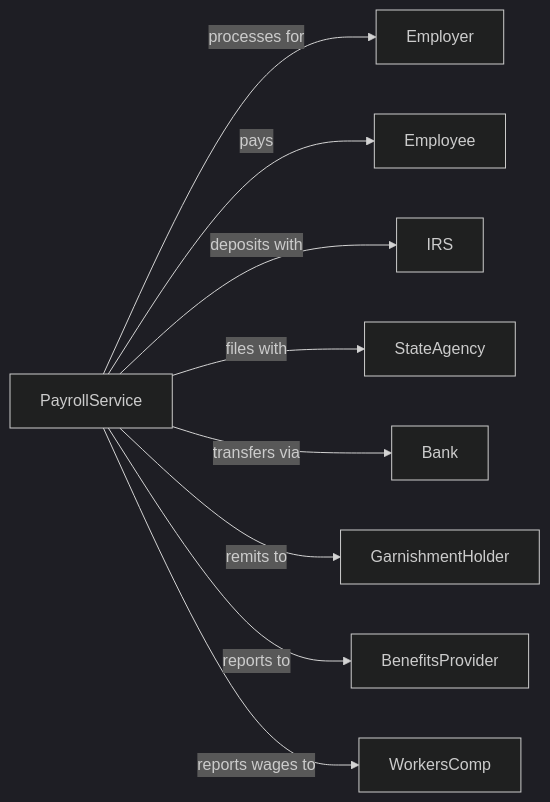
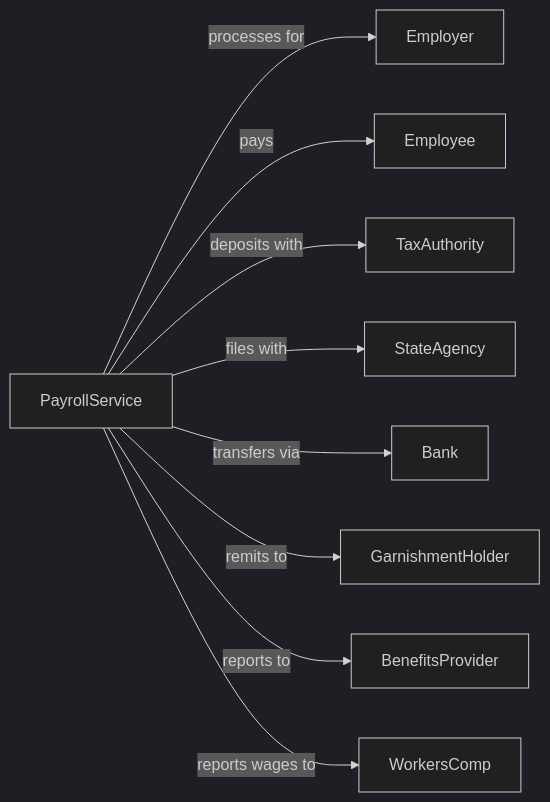
The second of 2 diagrams in Professional/Professional/AccountingTaxPreparationBookkeepingAndPayrollServices/PayrollServices.mdx (dot-org-ai/industries.org.ai), drawn with Mermaid (dark theme) before and after one commit. The commit also changed other lines of this file and 639 other files, not shown here.

````diff
--- a/Professional/Professional/AccountingTaxPreparationBookkeepingAndPayrollServices/PayrollServices.mdx
+++ b/Professional/Professional/AccountingTaxPreparationBookkeepingAndPayrollServices/PayrollServices.mdx
@@ -126,13 +126,13 @@
 ```mermaid
 graph LR
     P[PayrollService]
 
     P -->|processes for| Employer
     P -->|pays| Employee
-    P -->|deposits with| IRS
+    P -->|deposits with| TaxAuthority
     P -->|files with| StateAgency
     P -->|transfers via| Bank
     P -->|remits to| GarnishmentHolder
     P -->|reports to| BenefitsProvider
     P -->|reports wages to| WorkersComp
 ```
````
